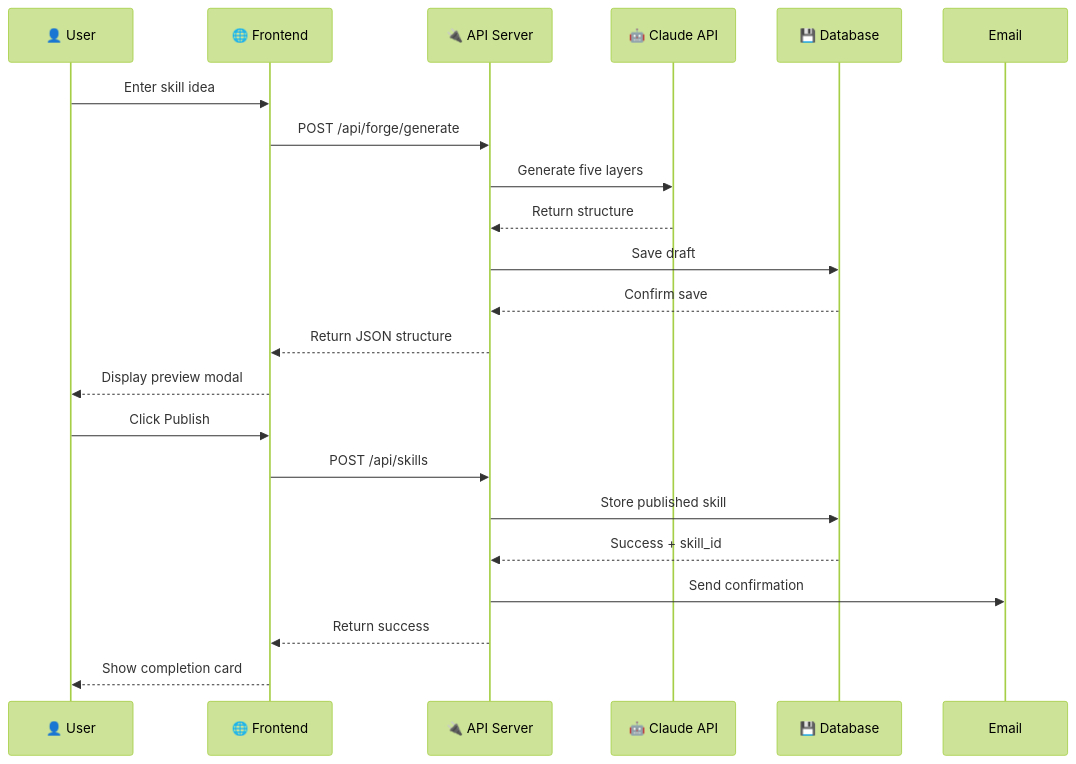
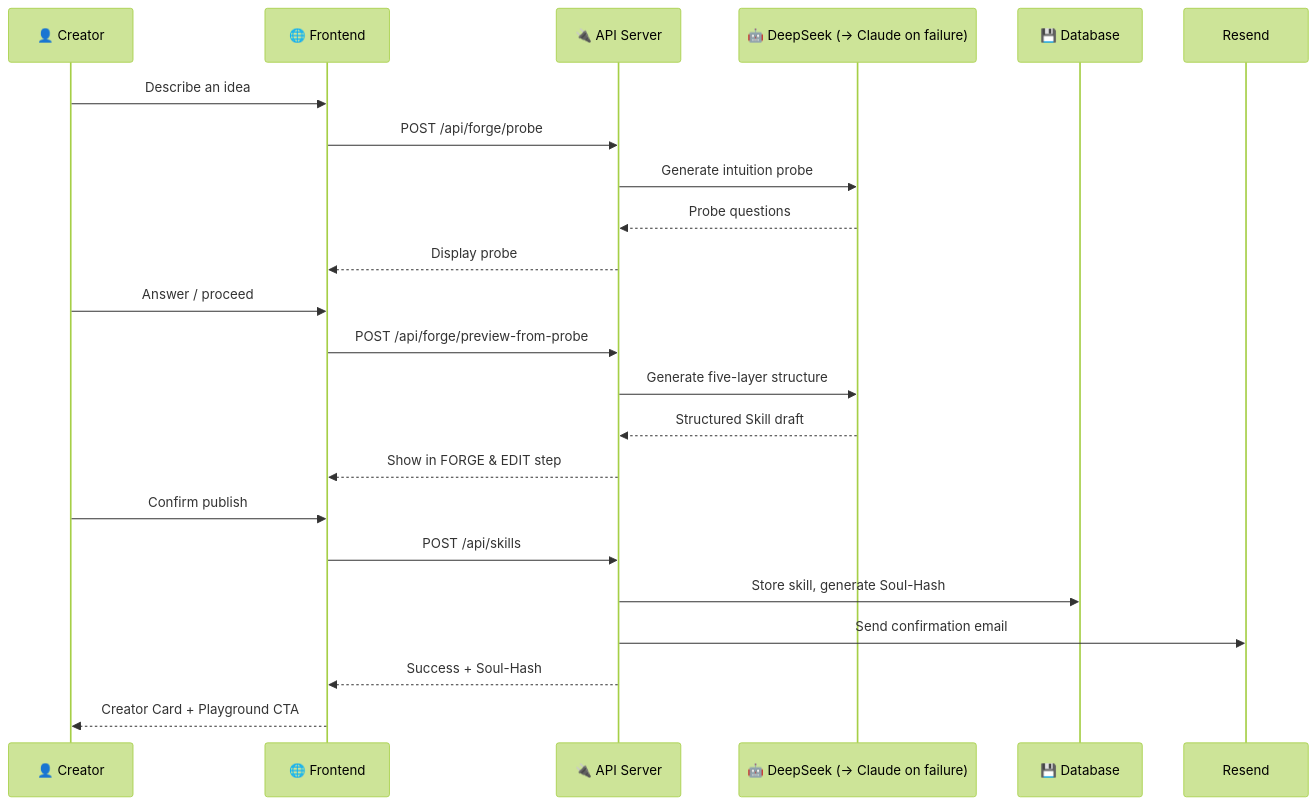
Before and after one commit to xiaojialove-DRP/the42post: the fifth of 6 diagrams in docs/ARCHITECTURE.md, drawn with Mermaid (forest theme). The commit also changed other lines of this file and 1 other file, not shown here.

First line of the commit message:
Docs: rewrite ARCHITECTURE.md to match the real system, add diagram to README

````diff
--- a/docs/ARCHITECTURE.md
+++ b/docs/ARCHITECTURE.md
@@ -130,25 +165,27 @@
 ```mermaid
 sequenceDiagram
-    participant User as 👤 User
+    participant User as 👤 Creator
     participant Frontend as 🌐 Frontend
     participant API as 🔌 API Server
-    participant Claude as 🤖 Claude API
+    participant LLM as 🤖 DeepSeek (→ Claude on failure)
     participant DB as 💾 Database
-    
-    User->>Frontend: Enter skill idea
-    Frontend->>API: POST /api/forge/generate
-    API->>Claude: Generate five layers
-    Claude-->>API: Return structure
-    API->>DB: Save draft
-    DB-->>API: Confirm save
-    API-->>Frontend: Return JSON structure
-    Frontend-->>User: Display preview modal
-    
-    User->>Frontend: Click Publish
+
+    User->>Frontend: Describe an idea
+    Frontend->>API: POST /api/forge/probe
+    API->>LLM: Generate intuition probe
+    LLM-->>API: Probe questions
+    API-->>Frontend: Display probe
+    User->>Frontend: Answer / proceed
+
+    Frontend->>API: POST /api/forge/preview-from-probe
+    API->>LLM: Generate five-layer structure
+    LLM-->>API: Structured Skill draft
+    API-->>Frontend: Show in FORGE & EDIT step
+
+    User->>Frontend: Confirm publish
     Frontend->>API: POST /api/skills
-    API->>DB: Store published skill
-    DB-->>API: Success + skill_id
-    API->>Email: Send confirmation
-    API-->>Frontend: Return success
-    Frontend-->>User: Show completion card
+    API->>DB: Store skill, generate Soul-Hash
+    API->>Resend: Send confirmation email
+    API-->>Frontend: Success + Soul-Hash
+    Frontend-->>User: Creator Card + Playground CTA
 ```
````
